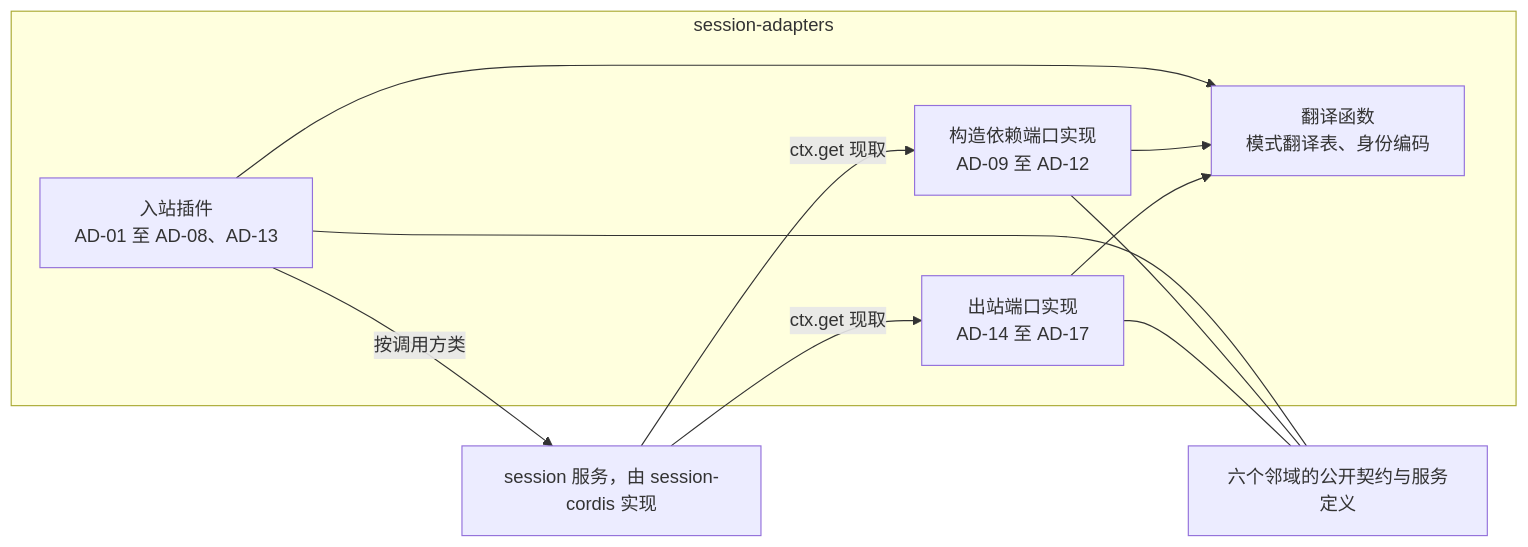
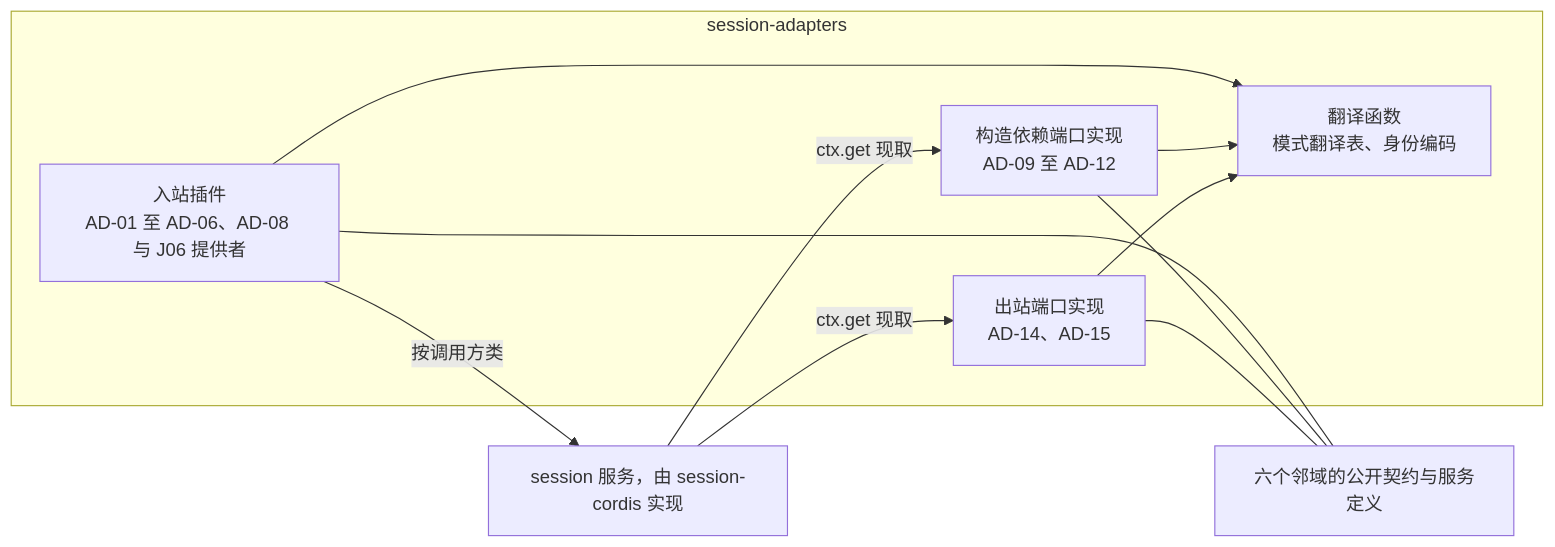
One commit to nemori-ai/omne-harness-lite changed the diagram in packages/session/session-adapters/docs/architecture.md. Above: the diagram before and after it, drawn with Mermaid. The commit also changed other lines of this file and 44 other files, not shown here.

````diff
--- a/packages/session/session-adapters/docs/architecture.md
+++ b/packages/session/session-adapters/docs/architecture.md
@@ -30,18 +30,18 @@
 ```mermaid
 flowchart LR
   subgraph Adapters[session-adapters]
-    In[入站插件<br/>AD-01 至 AD-08、AD-13]
+    In[入站插件<br/>AD-01 至 AD-06、AD-08 与 J06 提供者]
     Ports[构造依赖端口实现<br/>AD-09 至 AD-12]
-    Out[出站端口实现<br/>AD-14 至 AD-17]
+    Out[出站端口实现<br/>AD-14、AD-15]
     Tr[翻译函数<br/>模式翻译表、身份编码]
   end
   In --> Tr
   Ports --> Tr
   Out --> Tr
   In -->|按调用方类| Session[session 服务，由 session-cordis 实现]
   Session -->|ctx.get 现取| Ports
   Session -->|ctx.get 现取| Out
   In --- Neighbors[六个邻域的公开契约与服务定义]
   Ports --- Neighbors
   Out --- Neighbors
 ```
````
